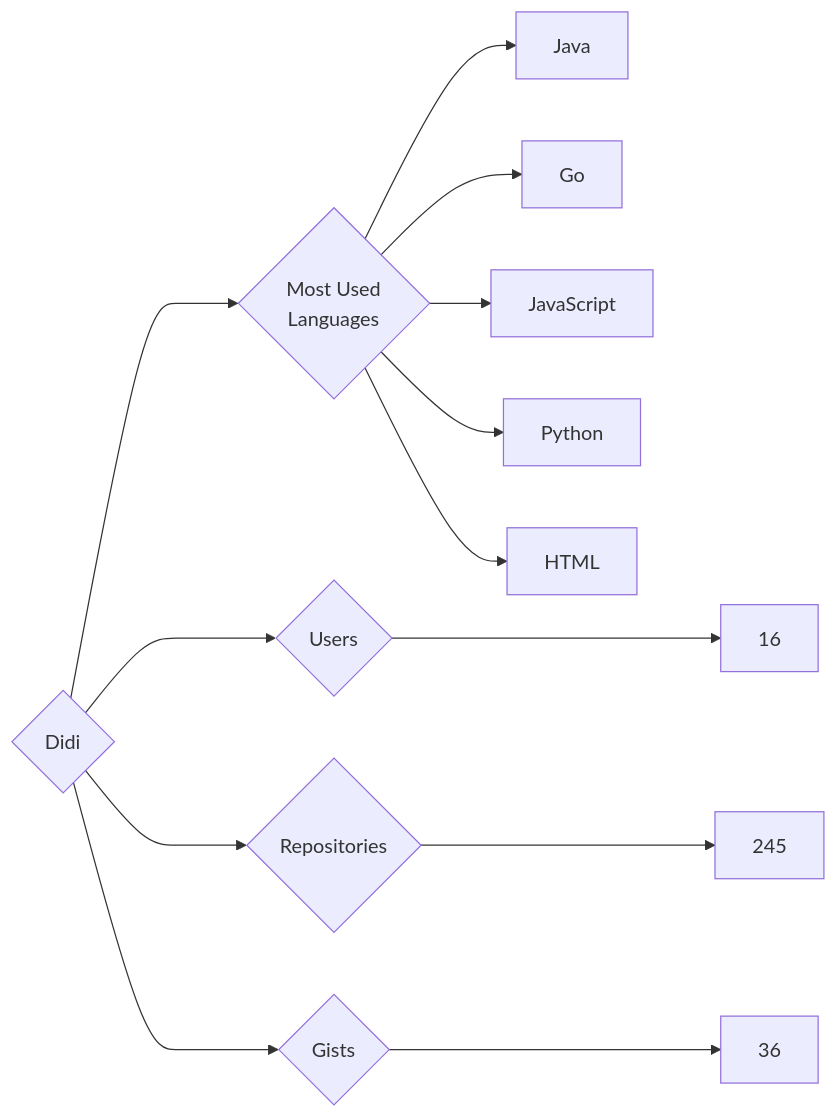
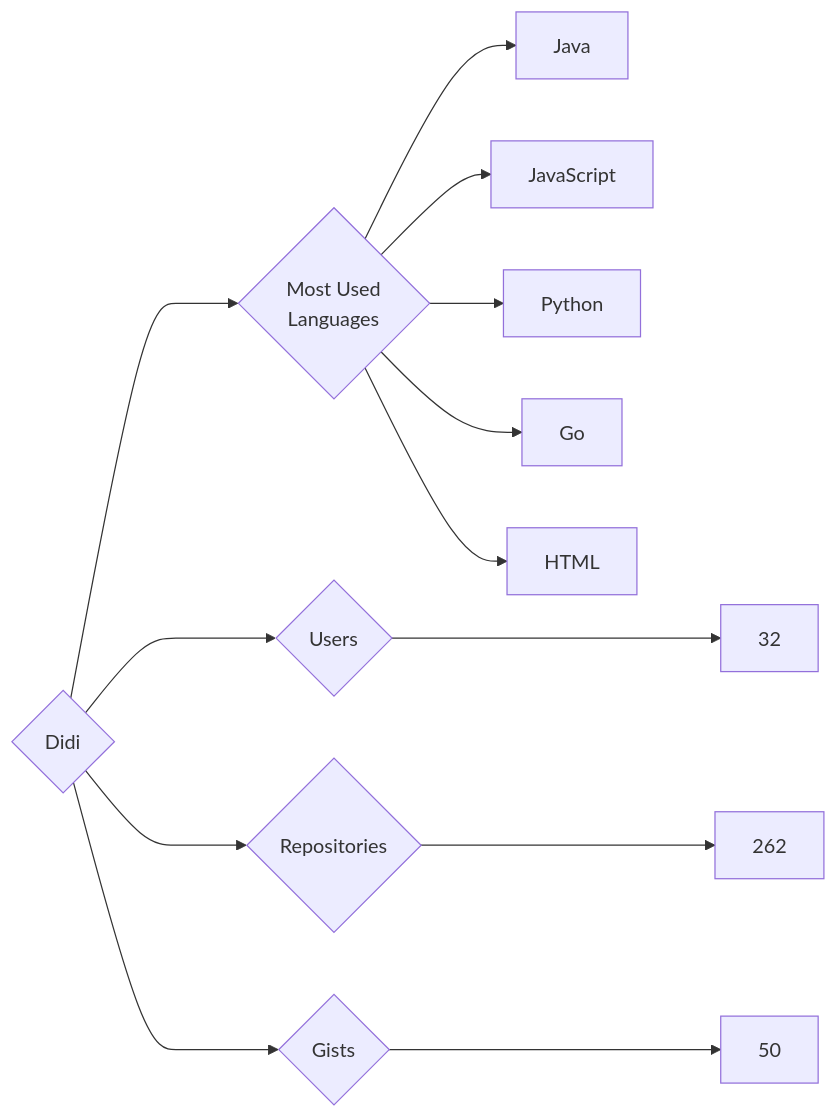
The diagram in targets/Didi/README.md (trickest/insiders), drawn with Mermaid before and after one commit. The commit also changed 826 other files, not shown here.

````diff
--- a/targets/Didi/README.md
+++ b/targets/Didi/README.md
@@ -3,13 +3,13 @@
 ```mermaid
 graph LR
 COMPANY_NAME{Didi}
-COMPANY_NAME ---> U{Users} ---> UN[16]
-COMPANY_NAME ---> R{Repositories} ---> RN[245]
-COMPANY_NAME ---> G{Gists} ---> GN[36]
+COMPANY_NAME ---> U{Users} ---> UN[32]
+COMPANY_NAME ---> R{Repositories} ---> RN[262]
+COMPANY_NAME ---> G{Gists} ---> GN[50]
 COMPANY_NAME ---> ML{Most Used<br>Languages}
 ML --> Java[Java]
-ML --> Go[Go]
 ML --> JavaScript[JavaScript]
 ML --> Python[Python]
+ML --> Go[Go]
 ML --> HTML[HTML]
 ```
````
